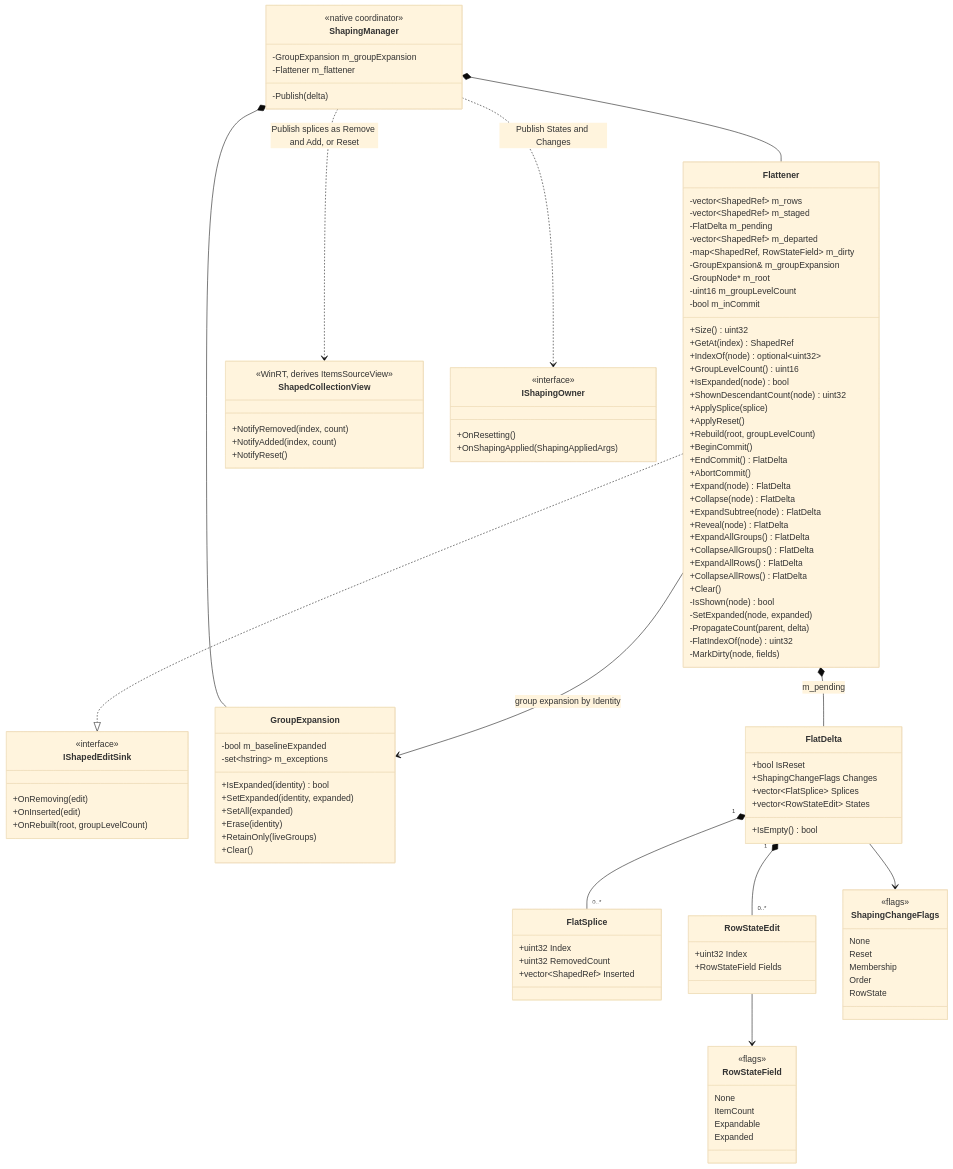
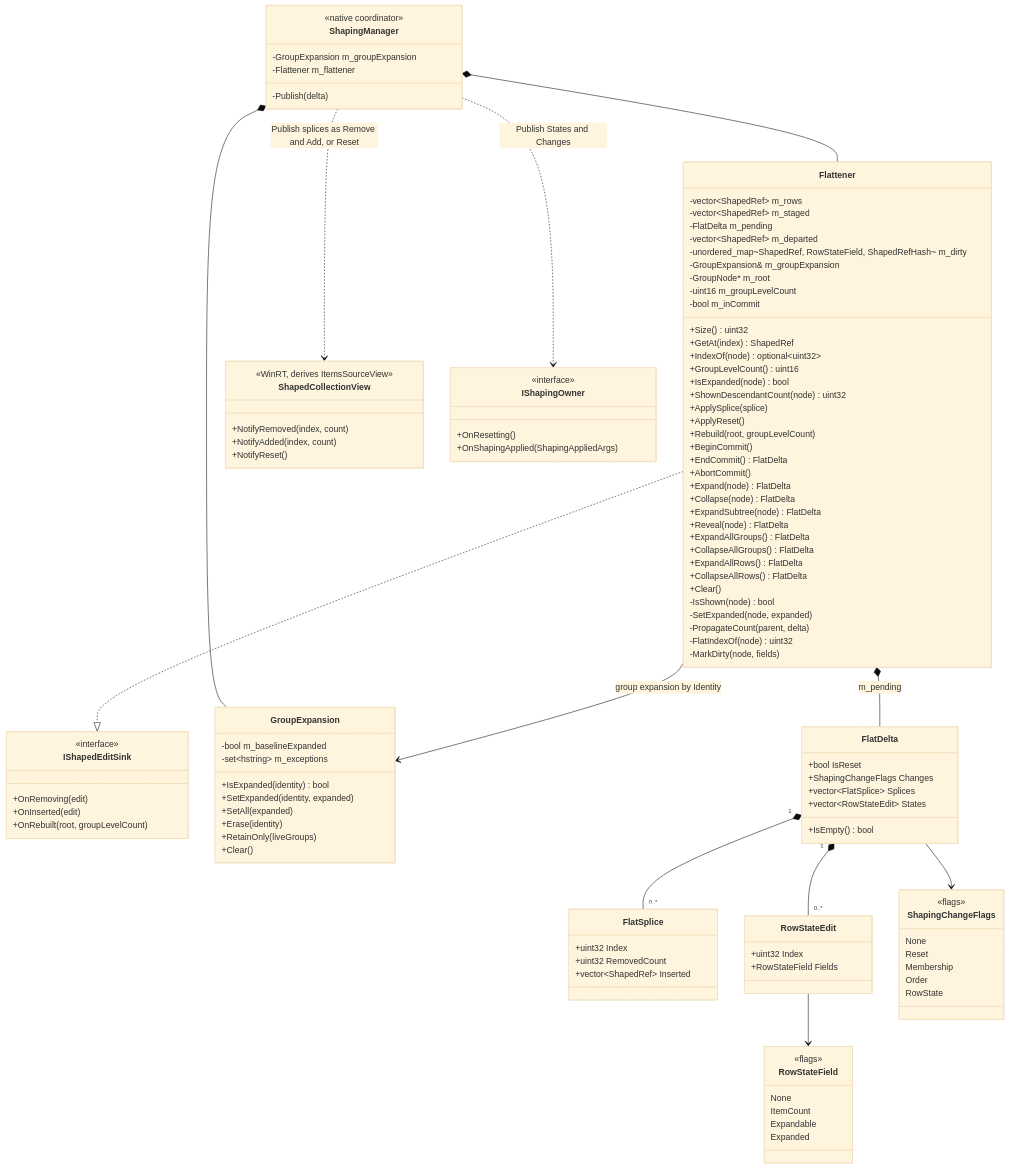
The fourth of 4 diagrams in docs/design-notes/TabularControls/Shaping-Architecture-Redesign.md (microsoft/microsoft-ui-xaml), drawn with Mermaid (base theme) before and after one commit. The commit also changed other lines of this file, not shown here.

First line of the commit message:
Shaping spec: sync diagrams and code blocks with headers

```diff
--- a/docs/design-notes/TabularControls/Shaping-Architecture-Redesign.md
+++ b/docs/design-notes/TabularControls/Shaping-Architecture-Redesign.md
@@ -744,7 +763,7 @@
         -vector~ShapedRef~ m_staged
         -FlatDelta m_pending
         -vector~ShapedRef~ m_departed
-        -map~ShapedRef, RowStateField~ m_dirty
+        -unordered_map~ShapedRef, RowStateField, ShapedRefHash~ m_dirty
         -GroupExpansion& m_groupExpansion
         -GroupNode* m_root
         -uint16 m_groupLevelCount
```
